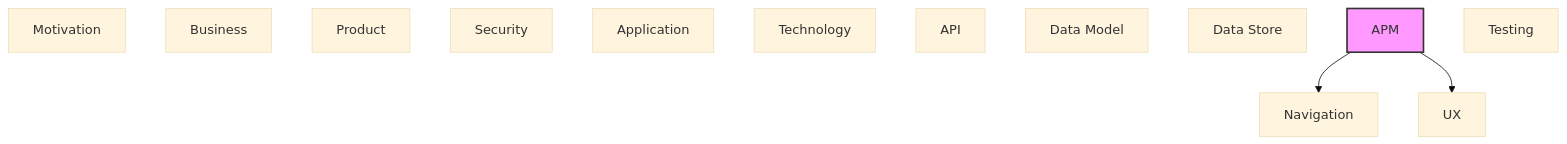
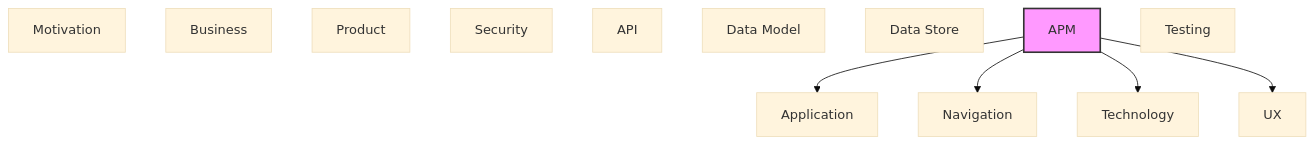
The second of 2 diagrams in documentation-robotics/reports/12-apm-layer-report.md (tinkermonkey/context-studio), drawn with Mermaid (base theme) before and after one commit. The commit also changed other lines of this file and 93 other files, not shown here.

````diff
--- a/documentation-robotics/reports/12-apm-layer-report.md
+++ b/documentation-robotics/reports/12-apm-layer-report.md
@@ -53,20 +61,22 @@
 ```mermaid
 flowchart TB
   classDef current fill:#f9f,stroke:#333,stroke-width:2px
   motivation["Motivation"]
   business["Business"]
   product["Product"]
   security["Security"]
   application["Application"]
   technology["Technology"]
   api["API"]
   data_model["Data Model"]
   data_store["Data Store"]
   ux["UX"]
   navigation["Navigation"]
   apm["APM"]
   testing["Testing"]
+  apm --> application
   apm --> navigation
+  apm --> technology
   apm --> ux
   class apm current
 ```
````
